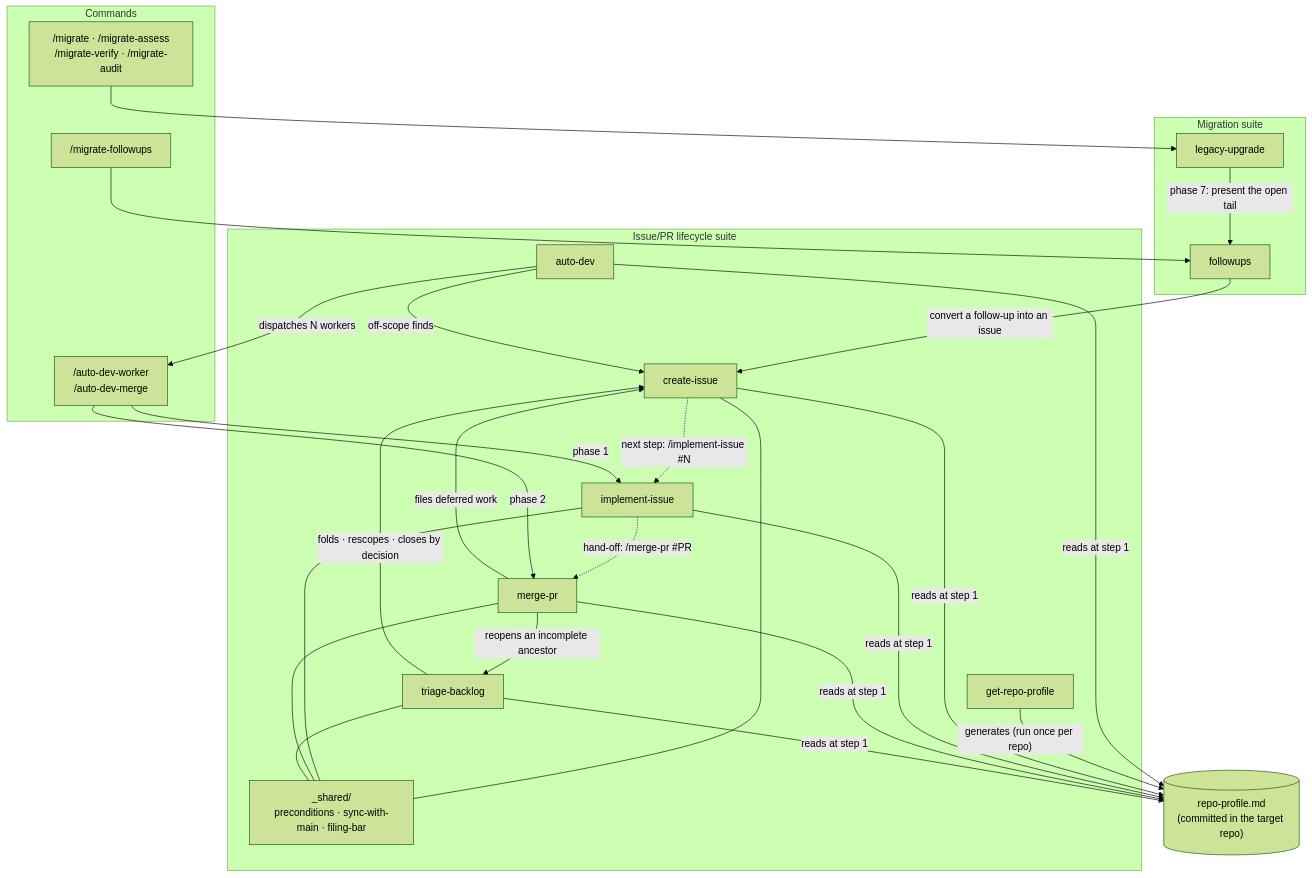
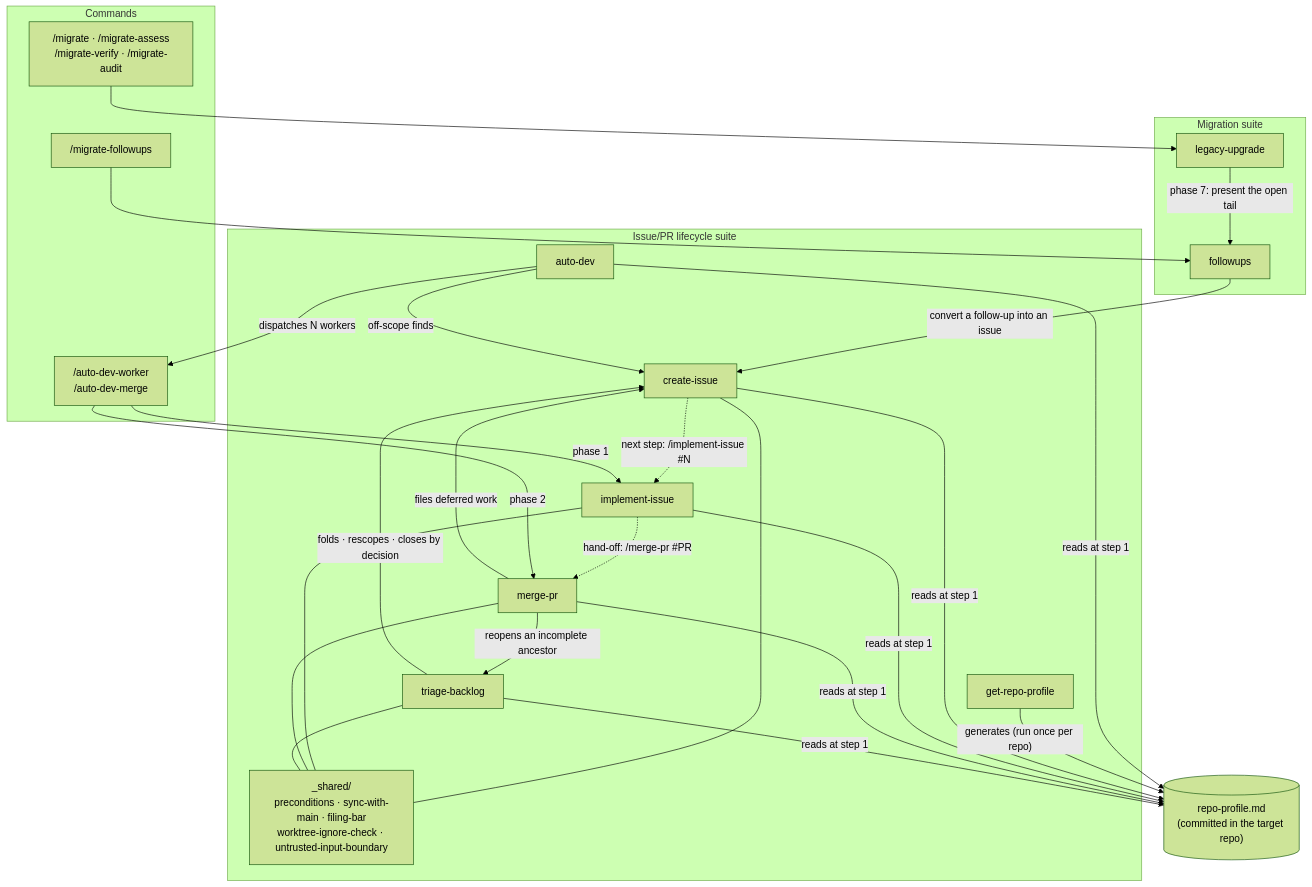
The first of 2 diagrams in ARCHITECTURE.md (phmatray/ai-migration-kit), drawn with Mermaid (forest theme) before and after one commit. The commit also changed 13 other files, not shown here.

First line of the commit message:
feat(skills): state the untrusted-input boundary at every ingest point (#266) (#268)

````diff
--- a/ARCHITECTURE.md
+++ b/ARCHITECTURE.md
@@ -15,49 +15,49 @@
 ```mermaid
 graph TD
     subgraph commands ["Commands"]
         M["/migrate · /migrate-assess<br>/migrate-verify · /migrate-audit"]
         MF["/migrate-followups"]
         AW["/auto-dev-worker<br>/auto-dev-merge"]
     end
 
     subgraph migration ["Migration suite"]
         LU[legacy-upgrade]
         FU[followups]
     end
 
     subgraph lifecycle ["Issue/PR lifecycle suite"]
         AD[auto-dev]
         CI[create-issue]
         II[implement-issue]
         MP[merge-pr]
         TB[triage-backlog]
         RP[get-repo-profile]
-        SH["_shared/<br>preconditions · sync-with-main · filing-bar"]
+        SH["_shared/<br>preconditions · sync-with-main · filing-bar<br>worktree-ignore-check · untrusted-input-boundary"]
     end
 
     PROF[("repo-profile.md<br>(committed in the target repo)")]
 
     M --> LU
     MF --> FU
     LU -- "phase 7: present the open tail" --> FU
     FU -- "convert a follow-up into an issue" --> CI
     CI -. "next step: /implement-issue #N" .-> II
     II -. "hand-off: /merge-pr #PR" .-> MP
     MP -- "files deferred work" --> CI
     AD -- "dispatches N workers" --> AW
     AW -- "phase 1" --> II
     AW -- "phase 2" --> MP
     AD -- "off-scope finds" --> CI
     AD -- "reads at step 1" --> PROF
     RP -- "generates (run once per repo)" --> PROF
     CI -- "reads at step 1" --> PROF
     II -- "reads at step 1" --> PROF
     MP -- "reads at step 1" --> PROF
     MP -- "reopens an incomplete ancestor" --> TB
     TB -- "folds · rescopes · closes by decision" --> CI
     TB -- "reads at step 1" --> PROF
     CI --- SH
     II --- SH
     MP --- SH
     TB --- SH
 ```
````
